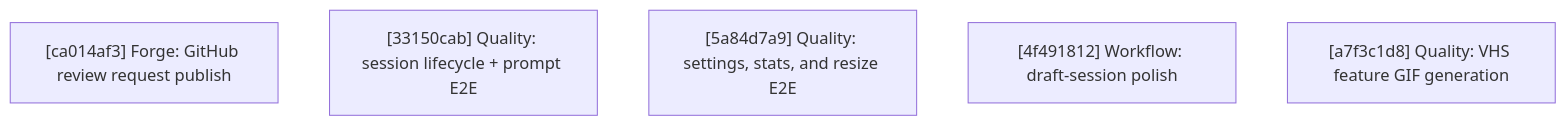
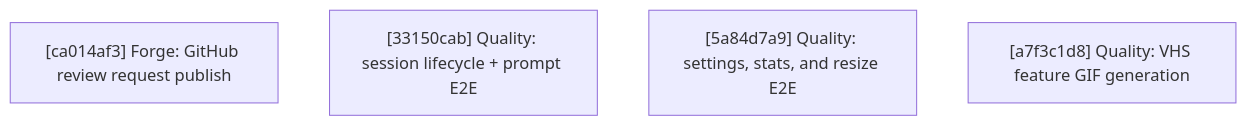
Before and after one commit to agentty-xyz/agentty: the diagram in docs/plan/roadmap.md, drawn with Mermaid. The commit also changed other lines of this file, not shown here.

First line of the commit message:
Remove obsolete workflow card and realign roadmap quality sequencing

````diff
--- a/docs/plan/roadmap.md
+++ b/docs/plan/roadmap.md
@@ -184,8 +155,7 @@
 ```mermaid
 flowchart TD
     R1["[ca014af3] Forge: GitHub review request publish"]
     R2["[33150cab] Quality: session lifecycle + prompt E2E"]
     R3["[5a84d7a9] Quality: settings, stats, and resize E2E"]
-    R4["[4f491812] Workflow: draft-session polish"]
-    R5["[a7f3c1d8] Quality: VHS feature GIF generation"]
+    R4["[a7f3c1d8] Quality: VHS feature GIF generation"]
 ```
````
